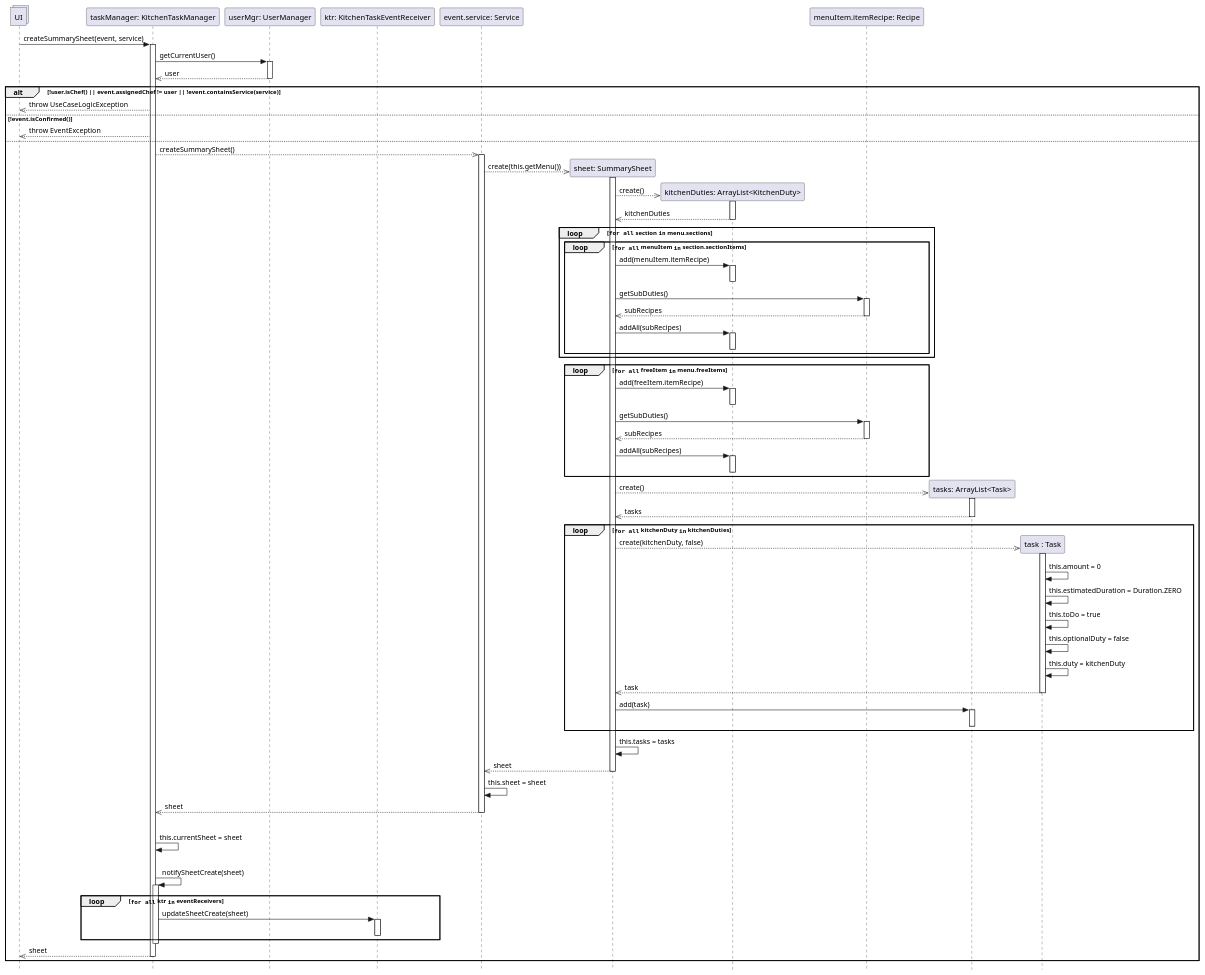
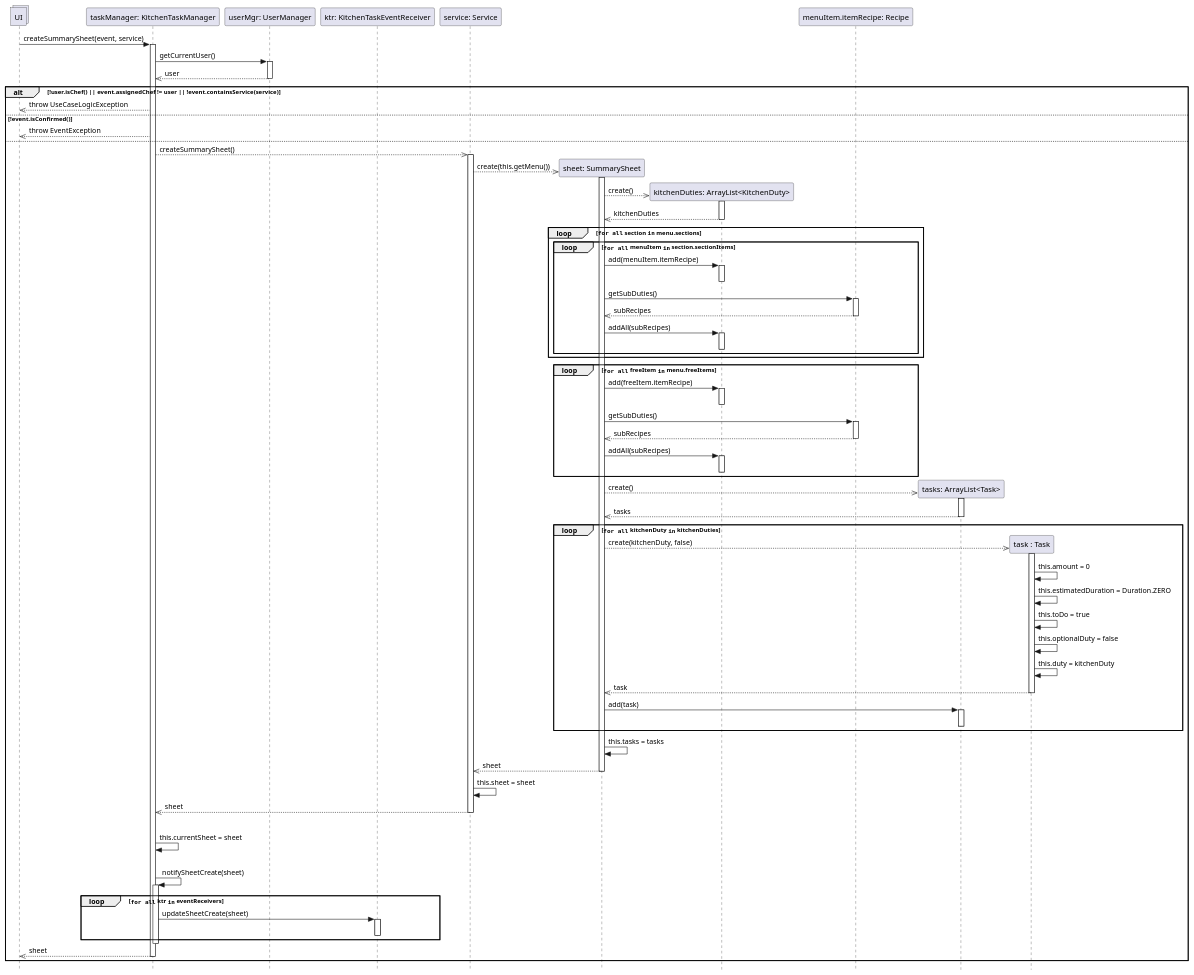
The diagram in UP/Progettazione/UC Gestire Compiti Cucina/DSD/DSD Operazione 1.puml (stefa168/sas-project), drawn with PlantUML before and after one commit. The commit also changed 3 other files, not shown here.

```diff
--- a/UP/Progettazione/UC Gestire Compiti Cucina/DSD/DSD Operazione 1.puml
+++ b/UP/Progettazione/UC Gestire Compiti Cucina/DSD/DSD Operazione 1.puml
@@ -1,118 +1,118 @@
 @startuml Operazione 1
 skinparam Style strictuml
 
 collections UI
 
 participant "taskManager: KitchenTaskManager" as tm
 UI -> tm: createSummarySheet(event, service)
 activate tm
 
 participant "userMgr: UserManager" as um
 participant "ktr: KitchenTaskEventReceiver" as ktr
-participant "event.service: Service" as service
+participant "service: Service" as service
 tm -> um: getCurrentUser()
 activate um
 tm <<-- um: user
 deactivate um
 
 alt !user.isChef() || event.assignedChef != user || !event.containsService(service)
     UI <<-- tm: throw UseCaseLogicException
 else !event.isConfirmed()
     UI <<-- tm: throw EventException
 else
     participant "sheet: SummarySheet" as ss
     tm -->> service: createSummarySheet()
     activate service
 
         service -->>ss**: create(this.getMenu())
         activate ss
 
             participant "kitchenDuties: ArrayList<KitchenDuty>" as kdList
             ss -->> kdList**: create()
             activate kdList
                 return kitchenDuties
             deactivate kdList
     
             loop ""for all"" section ""in"" menu.sections
                 loop ""for all"" menuItem ""in"" section.sectionItems
                     ss -> kdList: add(menuItem.itemRecipe)
                     activate kdList
                     deactivate kdList
             
                     participant "menuItem.itemRecipe: Recipe" as recipe
                     ss -> recipe: getSubDuties()
                     activate recipe
                         ss <<-- recipe: subRecipes
                     deactivate recipe
 
                     ss -> kdList: addAll(subRecipes)
                     activate kdList
                     deactivate kdList
 
                 end
             end
 
             loop ""for all"" freeItem ""in"" menu.freeItems
                 ss -> kdList: add(freeItem.itemRecipe)
                 activate kdList
                 deactivate kdList
 
                 participant "freeItem.itemRecipe: Recipe" as recipe
                 ss -> recipe: getSubDuties()
                 activate recipe
                     ss <<-- recipe: subRecipes
                 deactivate recipe
 
                 ss -> kdList: addAll(subRecipes)
                 activate kdList
                 deactivate kdList
             end
 
             participant "tasks: ArrayList<Task>" as tasks
             ss -->> tasks**: create()
             activate tasks
                 ss <<-- tasks: tasks
             deactivate tasks
 
             loop ""for all"" kitchenDuty ""in"" kitchenDuties
                 participant "task : Task" as t
                 ss -->> t **: create(kitchenDuty, false)
                 activate t
                     t -> t: this.amount = 0
                     t -> t: this.estimatedDuration = Duration.ZERO
                     t -> t: this.toDo = true
                     t -> t: this.optionalDuty = false
                     t -> t: this.duty = kitchenDuty
                 return task
                 deactivate t
                 ss ->tasks: add(task)
                 activate tasks
                 deactivate tasks
             end
 
             ss -> ss: this.tasks = tasks
             service <<-- ss: sheet
         deactivate ss
         service->service:this.sheet = sheet
         tm <<-- service: sheet
     deactivate service
 
     |||
     tm -> tm: this.currentSheet = sheet
     |||
     tm -> tm: notifySheetCreate(sheet)
     activate tm
     loop ""for all"" ktr ""in"" eventReceivers
         tm -> ktr : updateSheetCreate(sheet)
         activate ktr
         deactivate ktr
     end
     deactivate tm
 
 
     UI <<-- tm: sheet
     deactivate tm
     
 end
 
 @enduml
```
